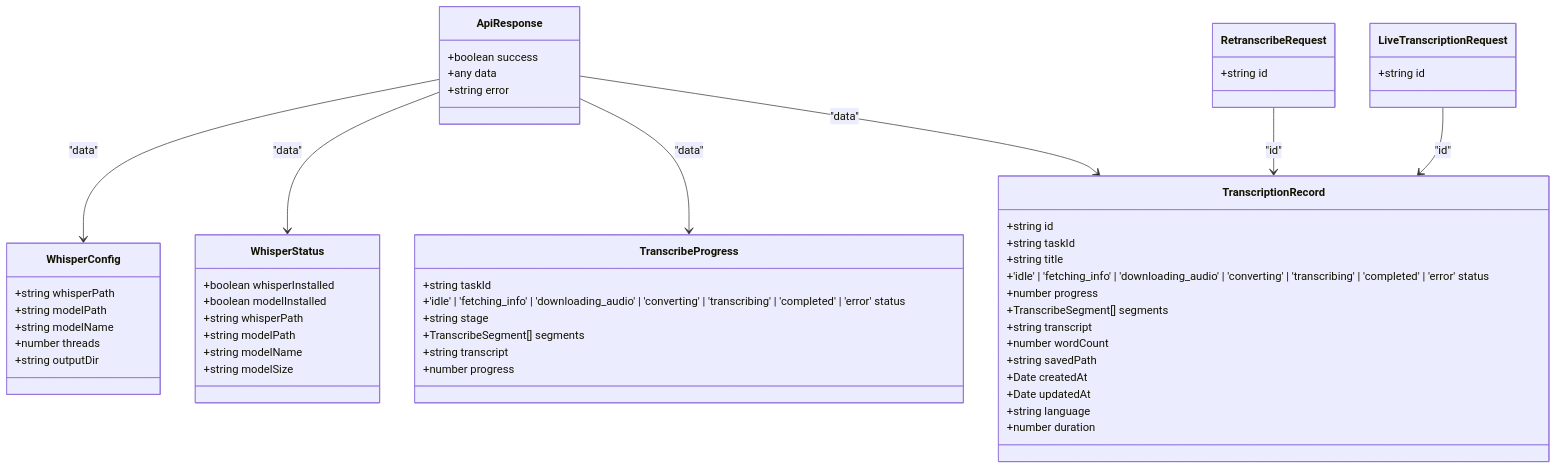
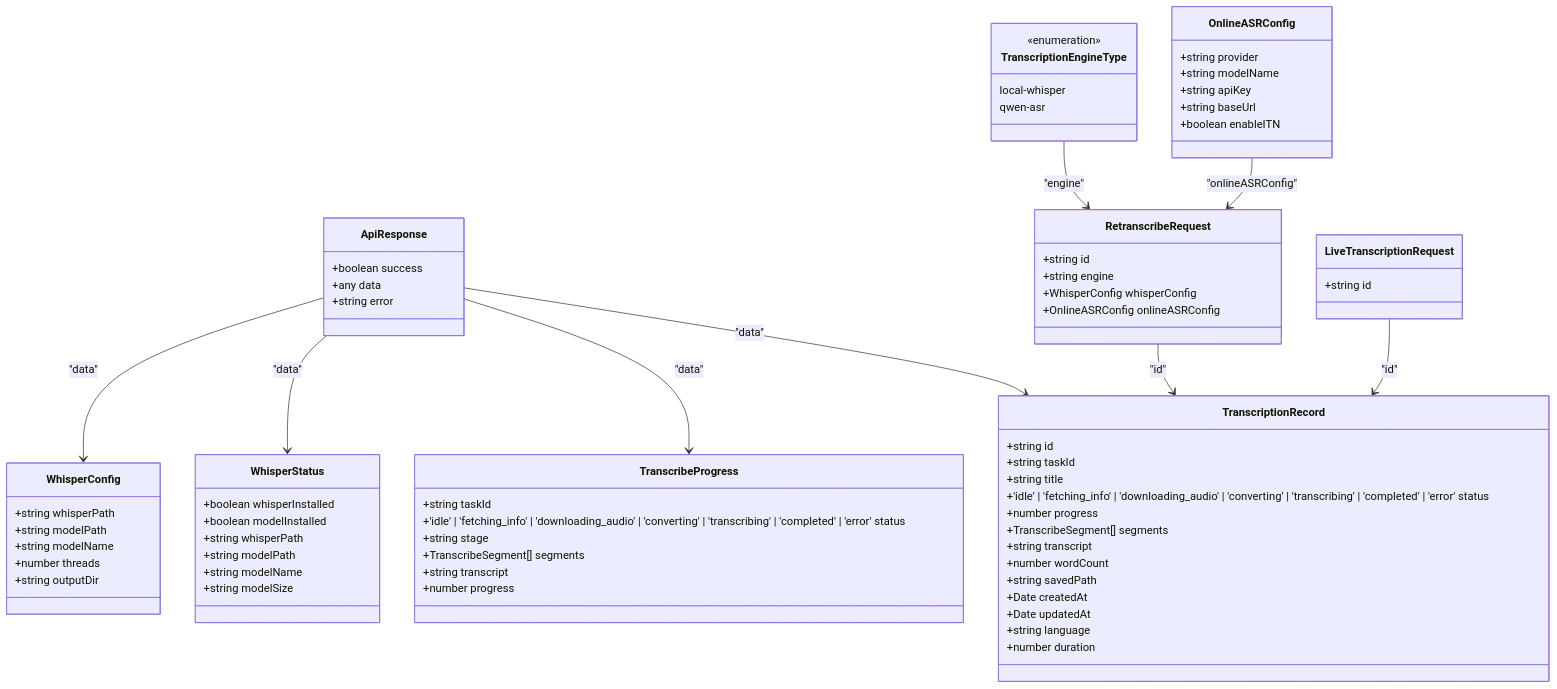
Before and after one commit to clawbotai/memo-flow: diagram 21 of 22 in .qoder/repowiki/zh/content/核心功能模块/播客转录功能.md, drawn with Mermaid. The commit also changed other lines of this file and 4 other files, not shown here.

````diff
--- a/.qoder/repowiki/zh/content/核心功能模块/播客转录功能.md
+++ b/.qoder/repowiki/zh/content/核心功能模块/播客转录功能.md
@@ -651,58 +811,75 @@
 ```mermaid
 classDiagram
 class ApiResponse {
 +boolean success
 +any data
 +string error
 }
 class WhisperConfig {
 +string whisperPath
 +string modelPath
 +string modelName
 +number threads
 +string outputDir
 }
 class WhisperStatus {
 +boolean whisperInstalled
 +boolean modelInstalled
 +string whisperPath
 +string modelPath
 +string modelName
 +string modelSize
 }
 class TranscribeProgress {
 +string taskId
 +'idle' | 'fetching_info' | 'downloading_audio' | 'converting' | 'transcribing' | 'completed' | 'error' status
 +string stage
 +TranscribeSegment[] segments
 +string transcript
 +number progress
 }
 class TranscriptionRecord {
 +string id
 +string taskId
 +string title
 +'idle' | 'fetching_info' | 'downloading_audio' | 'converting' | 'transcribing' | 'completed' | 'error' status
 +number progress
 +TranscribeSegment[] segments
 +string transcript
 +number wordCount
 +string savedPath
 +Date createdAt
 +Date updatedAt
 +string language
 +number duration
 }
 class RetranscribeRequest {
 +string id
++string engine
++WhisperConfig whisperConfig
++OnlineASRConfig onlineASRConfig
 }
 class LiveTranscriptionRequest {
 +string id
+}
+class TranscriptionEngineType {
+<<enumeration>>
+local-whisper
+qwen-asr
+}
+class OnlineASRConfig {
++string provider
++string modelName
++string apiKey
++string baseUrl
++boolean enableITN
 }
 ApiResponse --> WhisperConfig : "data"
 ApiResponse --> WhisperStatus : "data"
 ApiResponse --> TranscribeProgress : "data"
 ApiResponse --> TranscriptionRecord : "data"
 RetranscribeRequest --> TranscriptionRecord : "id"
 LiveTranscriptionRequest --> TranscriptionRecord : "id"
+TranscriptionEngineType --> RetranscribeRequest : "engine"
+OnlineASRConfig --> RetranscribeRequest : "onlineASRConfig"
 ```
````
